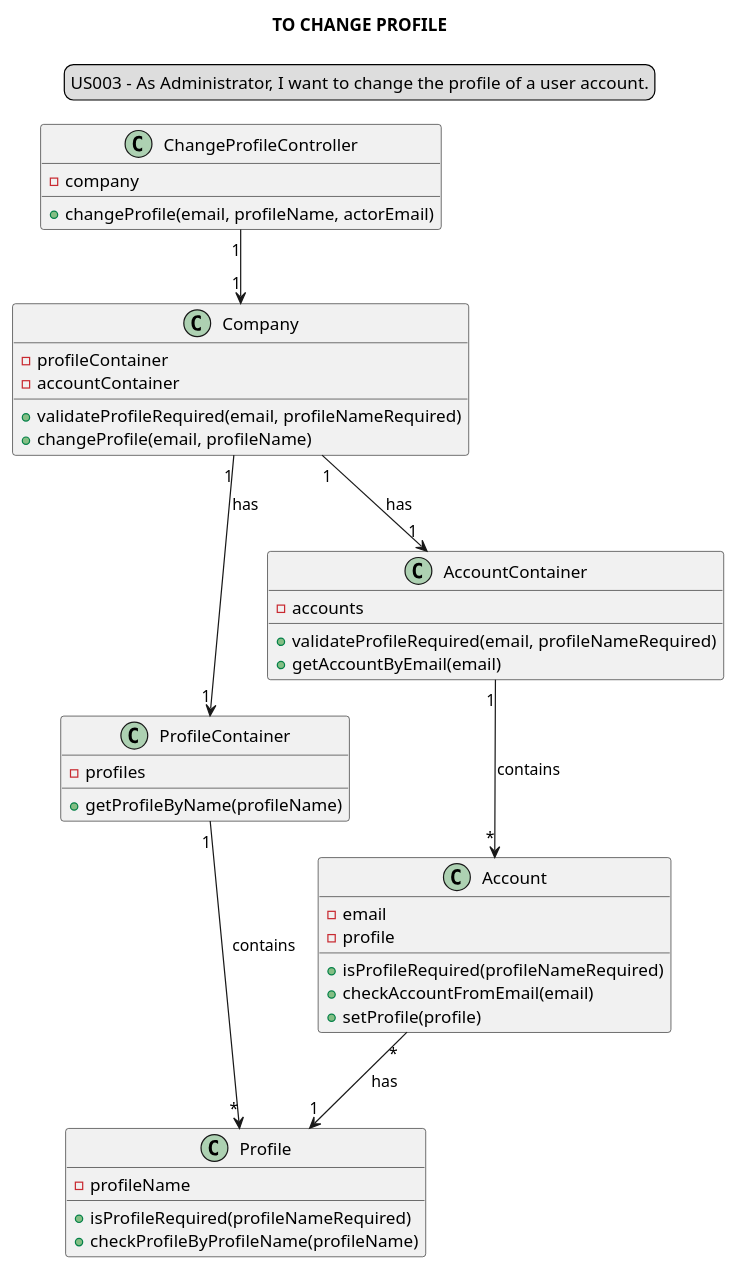
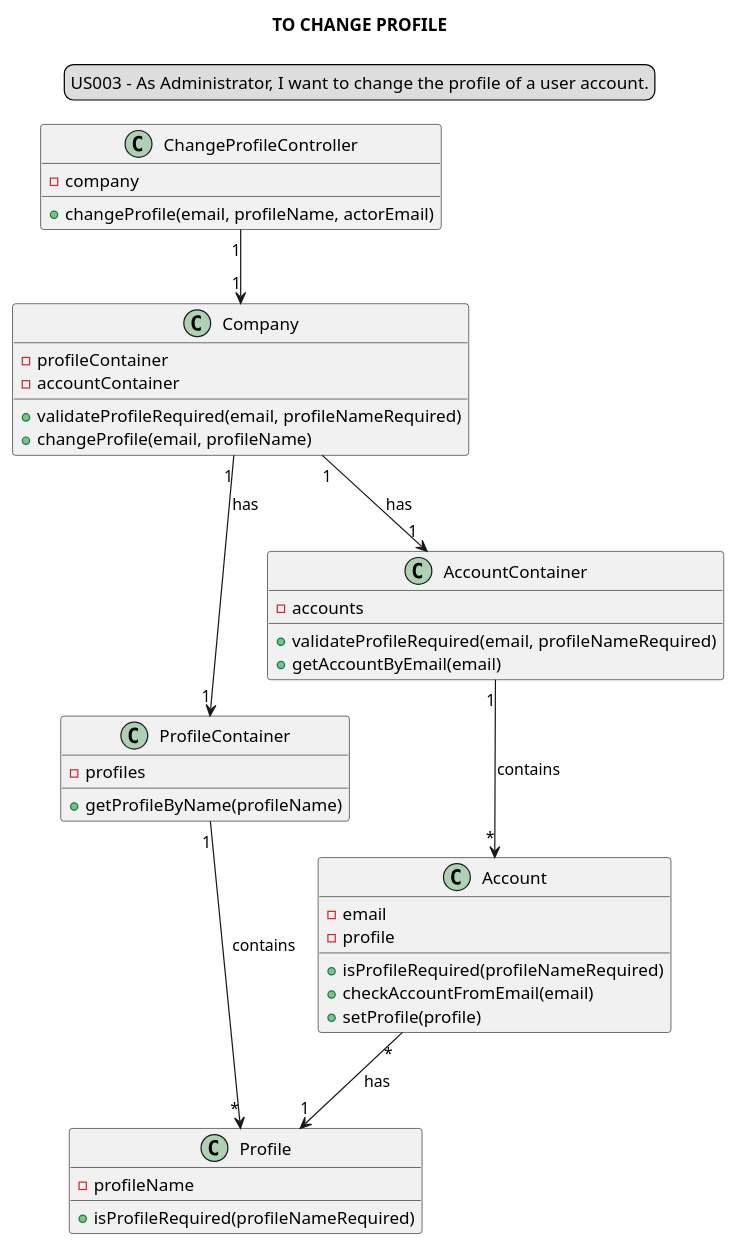
One commit to Loracline/project_switch_22-23 changed the diagram in docs/modelling_design/user_stories/sprint01/us003/US003_classDiagram.puml. Above: the diagram before and after it, drawn with PlantUML. The commit also changed 5 other files, not shown here.

Commit message:
US03: Design: Refinement of class diagram and sequence diagram

```diff
--- a/docs/modelling_design/user_stories/sprint01/us003/US003_classDiagram.puml
+++ b/docs/modelling_design/user_stories/sprint01/us003/US003_classDiagram.puml
@@ -1,54 +1,53 @@
 @startuml
 
 skinparam sequenceMessageAlign center
 title TO CHANGE PROFILE
 legend top
 US003 - As Administrator, I want to change the profile of a user account.
 end legend
 
 class ChangeProfileController {
 -company
 +changeProfile(email, profileName, actorEmail)
 }
 
 class Company {
 -profileContainer
 -accountContainer
 +validateProfileRequired(email, profileNameRequired)
 +changeProfile(email, profileName)
 }
 
 class ProfileContainer {
 -profiles
 +getProfileByName(profileName)
 }
 
 class AccountContainer {
 -accounts
 +validateProfileRequired(email, profileNameRequired)
 +getAccountByEmail(email)
 }
 
 class Account{
 -email
 -profile
 + isProfileRequired(profileNameRequired)
 +checkAccountFromEmail(email)
 +setProfile(profile)
 }
 
 class Profile{
 -profileName
 + isProfileRequired(profileNameRequired)
-+ checkProfileByProfileName(profileName)
 }
 
 
 ChangeProfileController "1"-->"1" Company
 Company "1"-->"1" AccountContainer: has
 Company "1"-->"1" ProfileContainer: has
 AccountContainer "1"-->"*" Account: contains
 ProfileContainer "1"-->"*" Profile: contains
 Account "*"-->"1" Profile: has
 
 @enduml
```
